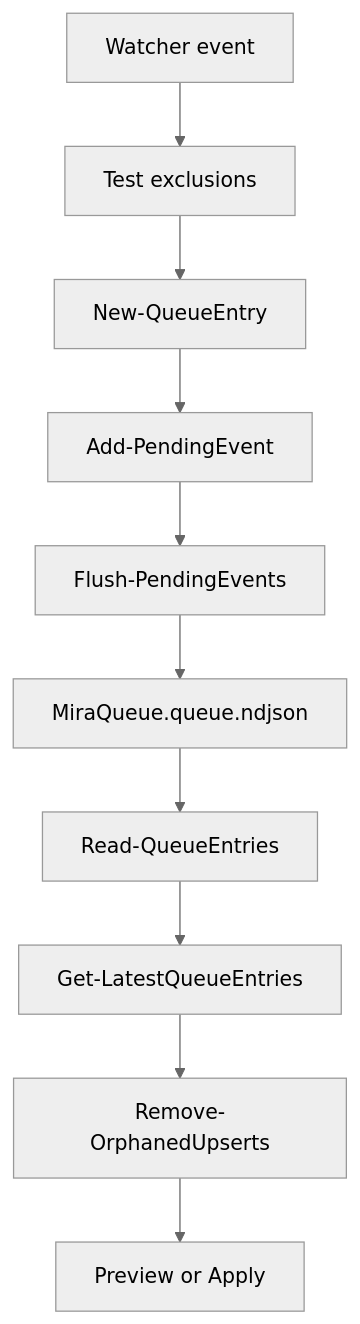
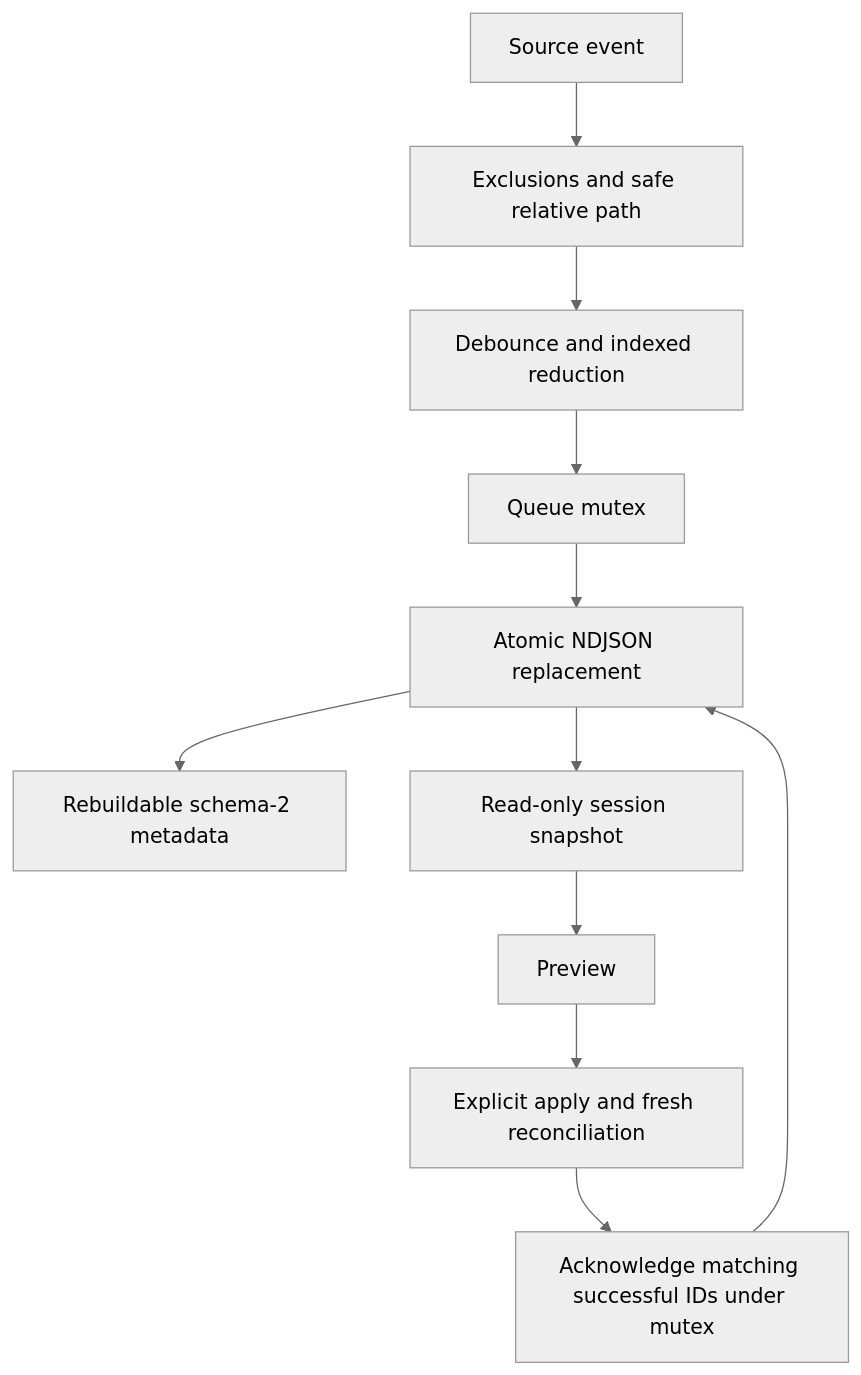
The diagram in docs/maps/queue-lifecycle-map.md (AMD4x/miraqueue), drawn with Mermaid (neutral theme) before and after one commit. The commit also changed other lines of this file and 41 other files, not shown here.

First line of the commit message:
Release MiraQueue V2.0.0

````diff
--- a/docs/maps/queue-lifecycle-map.md
+++ b/docs/maps/queue-lifecycle-map.md
@@ -3,12 +3,13 @@
 ```mermaid
-graph TD
-  A[Watcher event] --> B[Test exclusions]
-  B --> C[New-QueueEntry]
-  C --> D[Add-PendingEvent]
-  D --> E[Flush-PendingEvents]
-  E --> F[MiraQueue.queue.ndjson]
-  F --> G[Read-QueueEntries]
-  G --> H[Get-LatestQueueEntries]
-  H --> I[Remove-OrphanedUpserts]
-  I --> J[Preview or Apply]
+flowchart TD
+  A[Source event] --> B[Exclusions and safe relative path]
+  B --> C[Debounce and indexed reduction]
+  C --> D[Queue mutex]
+  D --> E[Atomic NDJSON replacement]
+  E --> F[Rebuildable schema-2 metadata]
+  E --> G[Read-only session snapshot]
+  G --> H[Preview]
+  H --> I[Explicit apply and fresh reconciliation]
+  I --> J[Acknowledge matching successful IDs under mutex]
+  J --> E
 ```
````
